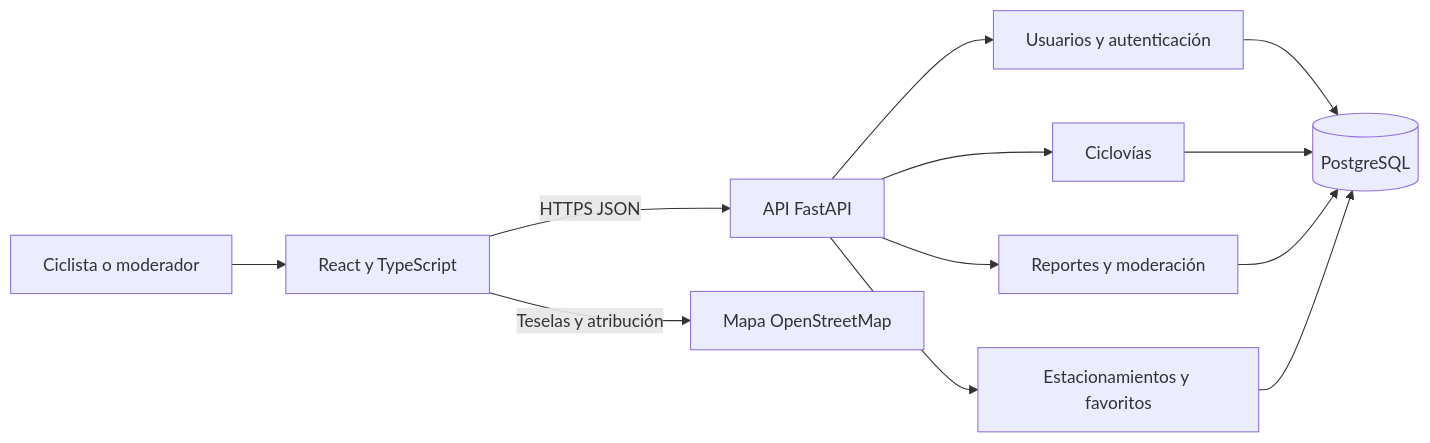
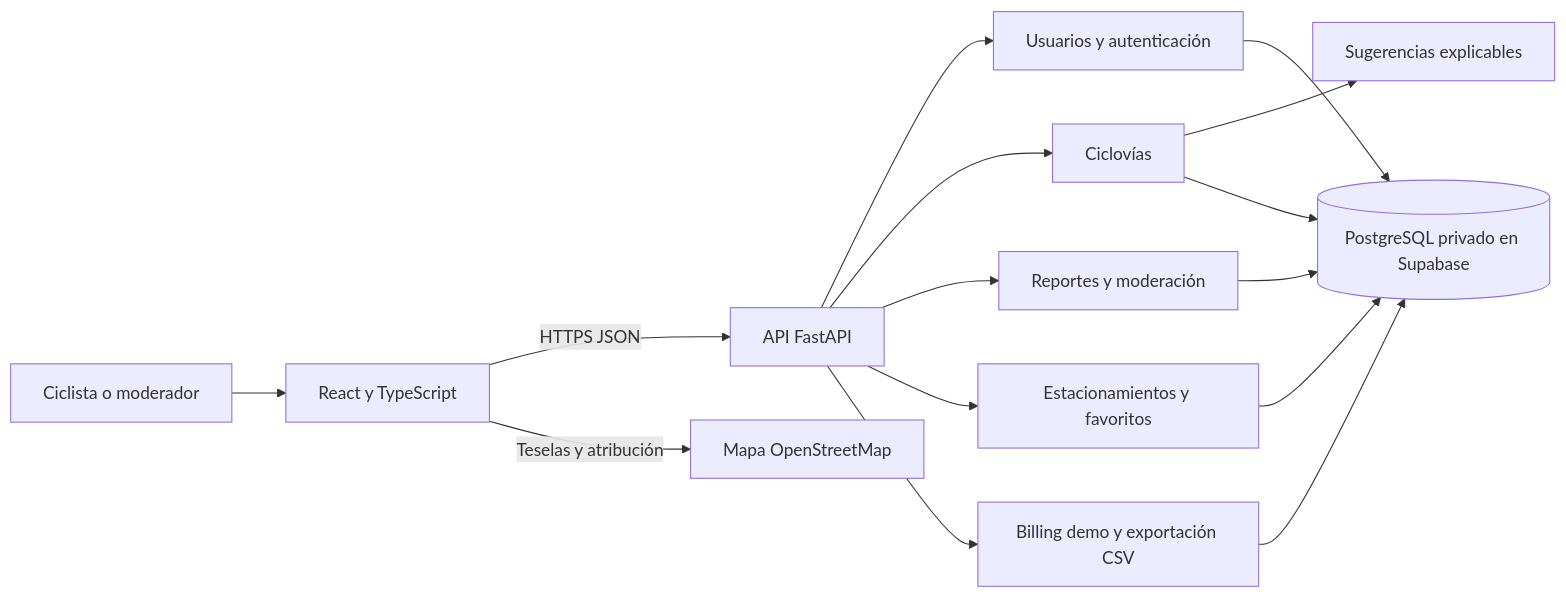
The diagram in docs/architecture.md (JosephChomboM/caso-ciclistas-pfc3), drawn with Mermaid before and after one commit. The commit also changed other lines of this file and 68 other files, not shown here.

Commit message:
docs(delivery): finalize rubric evidence and editable architecture

````diff
--- a/docs/architecture.md
+++ b/docs/architecture.md
@@ -5,11 +5,13 @@
 ```mermaid
 flowchart LR
   U[Ciclista o moderador] --> W[React y TypeScript]
   W -->|HTTPS JSON| A[API FastAPI]
   W -->|Teselas y atribución| M[Mapa OpenStreetMap]
   A --> N[Usuarios y autenticación]
   A --> C[Ciclovías]
   A --> R[Reportes y moderación]
   A --> P[Estacionamientos y favoritos]
-  N & C & R & P --> D[(PostgreSQL)]
+  A --> B[Billing demo y exportación CSV]
+  C --> S[Sugerencias explicables]
+  N & C & R & P & B --> D[(PostgreSQL privado en Supabase)]
 ```
````
